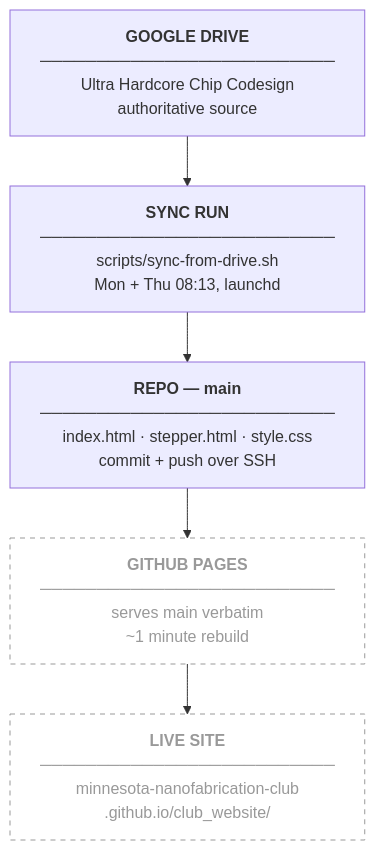
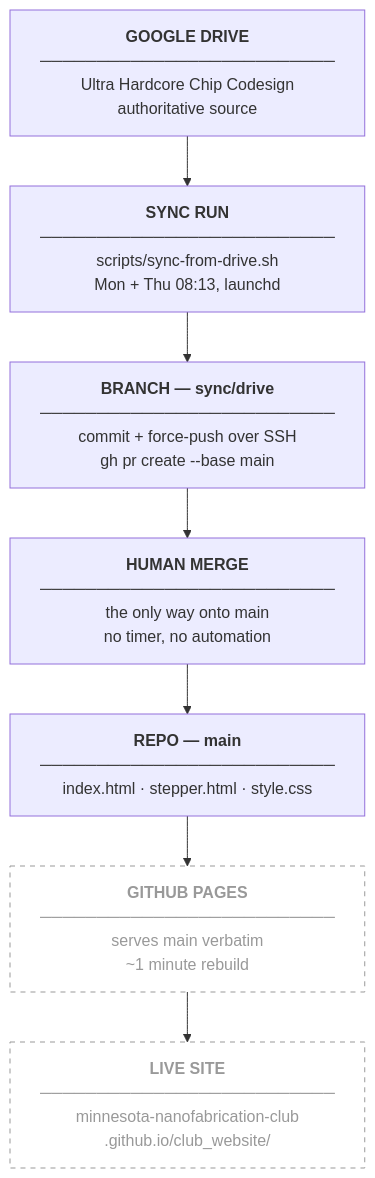
The diagram in docs/operations/deployment.md (Minnesota-Nanofabrication-Club/club_website), drawn with Mermaid before and after one commit. The commit also changed other lines of this file and 18 other files, not shown here.

First line of the commit message:
Document the propose-then-approve flow

````diff
--- a/docs/operations/deployment.md
+++ b/docs/operations/deployment.md
@@ -35,16 +37,22 @@
 ```mermaid
 flowchart TD
     D["<b>GOOGLE DRIVE</b><br/>──────────────────────────<br/>Ultra Hardcore Chip Codesign<br/>authoritative source"]
     S["<b>SYNC RUN</b><br/>──────────────────────────<br/>scripts/sync-from-drive.sh<br/>Mon + Thu 08:13, launchd"]
-    R["<b>REPO — main</b><br/>──────────────────────────<br/>index.html · stepper.html · style.css<br/>commit + push over SSH"]
+    B["<b>BRANCH — sync/drive</b><br/>──────────────────────────<br/>commit + force-push over SSH<br/>gh pr create --base main"]
+    H["<b>HUMAN MERGE</b><br/>──────────────────────────<br/>the only way onto main<br/>no timer, no automation"]
+    R["<b>REPO — main</b><br/>──────────────────────────<br/>index.html · stepper.html · style.css"]
     P["<b>GITHUB PAGES</b><br/>──────────────────────────<br/>serves main verbatim<br/>~1 minute rebuild"]
     L["<b>LIVE SITE</b><br/>──────────────────────────<br/>minnesota-nanofabrication-club<br/>.github.io/club_website/"]
     D --> S
-    S --> R
+    S --> B
+    B --> H
+    H --> R
     R --> P
     P --> L
     click S href "sync-run.md"
+    click B href "sync-run.md"
+    click H href "reviewing-changes.md"
     click D href "../data-contracts.md"
     style P stroke-dasharray:5 5,fill:transparent,stroke:#999,color:#999
     style L stroke-dasharray:5 5,fill:transparent,stroke:#999,color:#999
 ```
````
